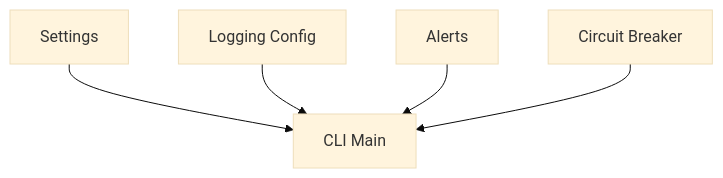
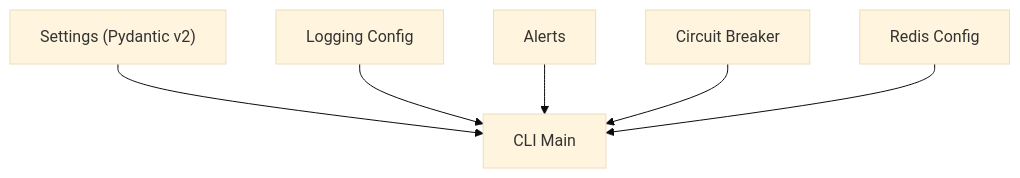
One commit to cavraeg-eng/Trading-App changed the fifth of 5 diagrams in .qoder/repowiki/en/content/Configuration Management/Configuration Management.md. Above: the diagram before and after it, drawn with Mermaid (base theme). The commit also changed other lines of this file and 50 other files, not shown here.

````diff
--- a/.qoder/repowiki/en/content/Configuration Management/Configuration Management.md
+++ b/.qoder/repowiki/en/content/Configuration Management/Configuration Management.md
@@ -363,12 +421,14 @@
 ```mermaid
 graph TB
-Settings["Settings"]
+Settings["Settings (Pydantic v2)"]
 Logging["Logging Config"]
 Alerts["Alerts"]
 CB["Circuit Breaker"]
+Redis["Redis Config"]
 Main["CLI Main"]
 Settings --> Main
 Logging --> Main
 Alerts --> Main
 CB --> Main
+Redis --> Main
 ```
````
